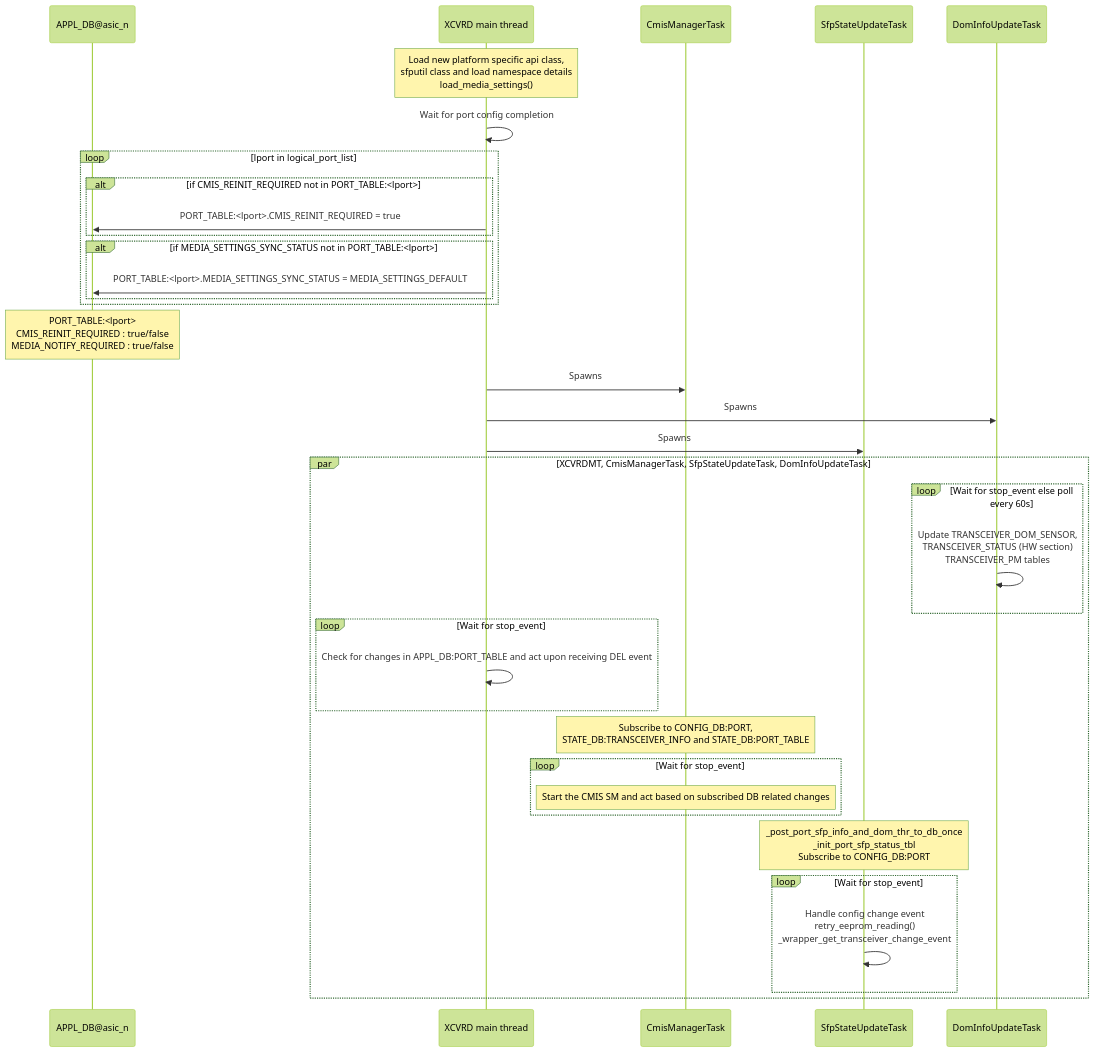
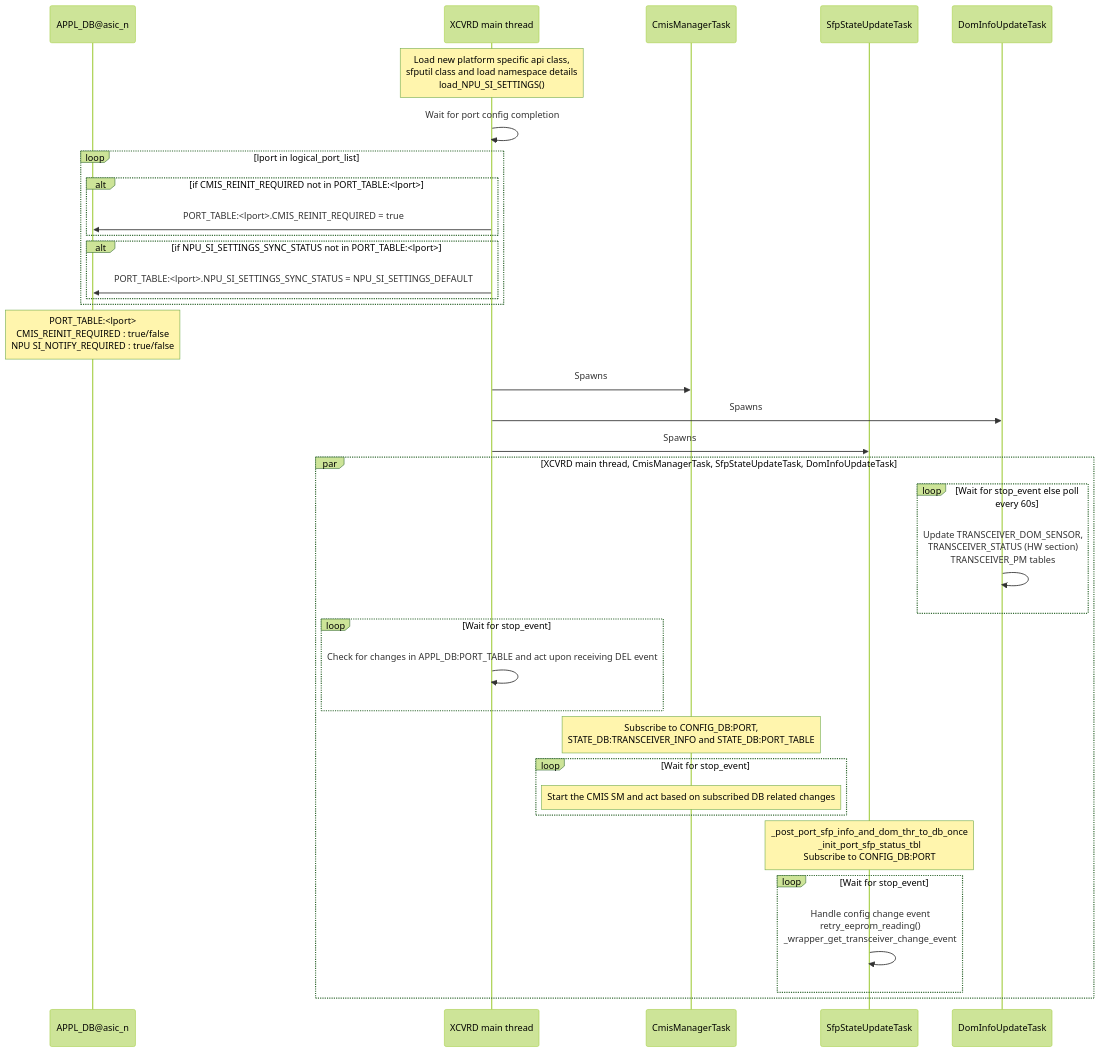
Before and after one commit to sonic-net/SONiC: the first of 5 diagrams in doc/sfp-cmis/Interface-Link-bring-up-sequence.md, drawn with Mermaid (forest theme). The commit also changed other lines of this file, not shown here.

Commit message:
Modified media settings to NPU SI settings for clearly differentiating module v/s NPU SI settings in future

````diff
--- a/doc/sfp-cmis/Interface-Link-bring-up-sequence.md
+++ b/doc/sfp-cmis/Interface-Link-bring-up-sequence.md
@@ -239,39 +241,39 @@
 ```mermaid
 sequenceDiagram
     participant APPL_DB as APPL_DB@asic_n
     participant XCVRDMT as XCVRD main thread
     participant CmisManagerTask
     participant SfpStateUpdateTask
     participant DomInfoUpdateTask
 
-    Note over XCVRDMT: Load new platform specific api class,<br> sfputil class and load namespace details<br> load_media_settings()
+    Note over XCVRDMT: Load new platform specific api class,<br> sfputil class and load namespace details<br> load_NPU_SI_SETTINGS()
     XCVRDMT ->> XCVRDMT: Wait for port config completion
     loop lport in logical_port_list
         alt if CMIS_REINIT_REQUIRED not in PORT_TABLE:<lport>
             XCVRDMT ->> APPL_DB: PORT_TABLE:<lport>.CMIS_REINIT_REQUIRED = true
         end
-        alt if MEDIA_SETTINGS_SYNC_STATUS not in PORT_TABLE:<lport>
-            XCVRDMT ->> APPL_DB: PORT_TABLE:<lport>.MEDIA_SETTINGS_SYNC_STATUS = MEDIA_SETTINGS_DEFAULT
+        alt if NPU_SI_SETTINGS_SYNC_STATUS not in PORT_TABLE:<lport>
+            XCVRDMT ->> APPL_DB: PORT_TABLE:<lport>.NPU_SI_SETTINGS_SYNC_STATUS = NPU_SI_SETTINGS_DEFAULT
         end
     end
-    Note over APPL_DB: PORT_TABLE:<lport><br>CMIS_REINIT_REQUIRED : true/false<br>MEDIA_NOTIFY_REQUIRED : true/false
+    Note over APPL_DB: PORT_TABLE:<lport><br>CMIS_REINIT_REQUIRED : true/false<br>NPU SI_NOTIFY_REQUIRED : true/false
     XCVRDMT ->> CmisManagerTask: Spawns
     XCVRDMT ->> DomInfoUpdateTask: Spawns
     XCVRDMT ->> SfpStateUpdateTask: Spawns
-    par XCVRDMT, CmisManagerTask, SfpStateUpdateTask, DomInfoUpdateTask
+    par XCVRD main thread, CmisManagerTask, SfpStateUpdateTask, DomInfoUpdateTask
         loop Wait for stop_event else poll every 60s
             DomInfoUpdateTask->>DomInfoUpdateTask: Update TRANSCEIVER_DOM_SENSOR,<br>TRANSCEIVER_STATUS (HW section)<br>TRANSCEIVER_PM tables
         end
         loop Wait for stop_event
             XCVRDMT->>XCVRDMT: Check for changes in APPL_DB:PORT_TABLE and act upon receiving DEL event
         end
         Note over CmisManagerTask: Subscribe to CONFIG_DB:PORT,<br>STATE_DB:TRANSCEIVER_INFO and STATE_DB:PORT_TABLE
         loop Wait for stop_event
             Note over CmisManagerTask: Start the CMIS SM and act based on subscribed DB related changes
         end
         Note over SfpStateUpdateTask: _post_port_sfp_info_and_dom_thr_to_db_once<br>_init_port_sfp_status_tbl<br>Subscribe to CONFIG_DB:PORT
         loop Wait for stop_event
             SfpStateUpdateTask ->> SfpStateUpdateTask: Handle config change event<br>retry_eeprom_reading()<br>_wrapper_get_transceiver_change_event
         end
     end
 ```
````
